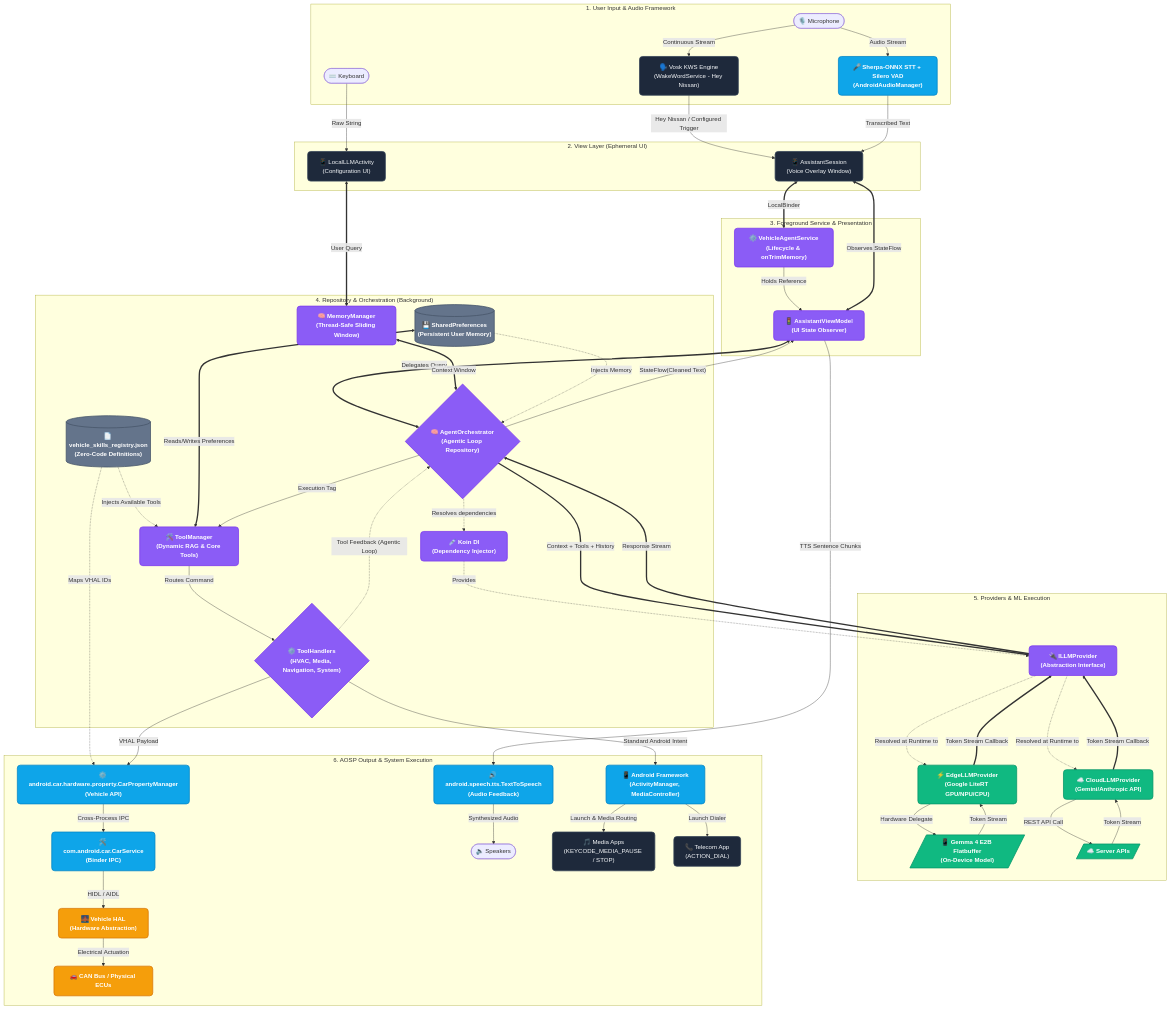
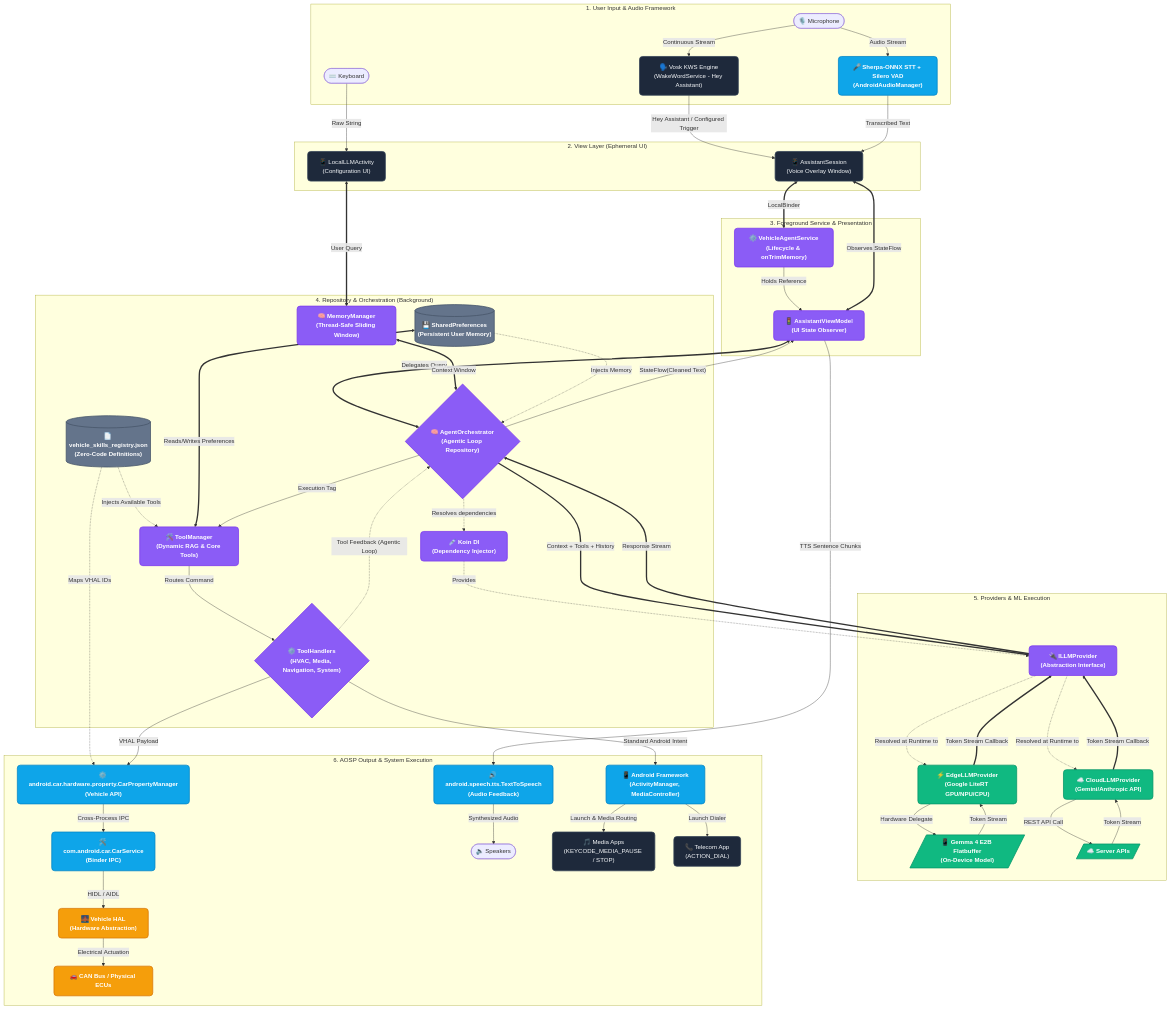
Before and after one commit to hemangpandhi/ai-assistant: the second of 2 diagrams in ARCHITECTURE.md, drawn with Mermaid. The commit also changed other lines of this file and 1 other file, not shown here.

Commit message:
docs: remove brand-specific wake word references and use vendor-neutral 'Hey Assistant' / 'Configured Wake Word' in ARCHITECTURE.md and test suite

```diff
--- a/ARCHITECTURE.md
+++ b/ARCHITECTURE.md
@@ -145,7 +145,7 @@
         MIC([🎙️ Microphone])
         TXT([⌨️ Keyboard])
         STT["🎤 Sherpa-ONNX STT + Silero VAD<br/>(AndroidAudioManager)"]:::aospAPI
-        VOSK["🗣️ Vosk KWS Engine<br/>(WakeWordService - Hey Nissan)"]:::sysApp
+        VOSK["🗣️ Vosk KWS Engine<br/>(WakeWordService - Hey Assistant)"]:::sysApp
     end
 
     subgraph AppUI ["2. View Layer (Ephemeral UI)"]
@@ -191,7 +191,7 @@
     %% Flow Mapping
     MIC -->|Audio Stream| STT
     MIC -->|Continuous Stream| VOSK
-    VOSK -->|"Hey Nissan" / Configured Trigger| SESSION
+    VOSK -->|"Hey Assistant" / Configured Trigger| SESSION
     STT -->|Transcribed Text| SESSION
     TXT -->|Raw String| ACT
     
```
